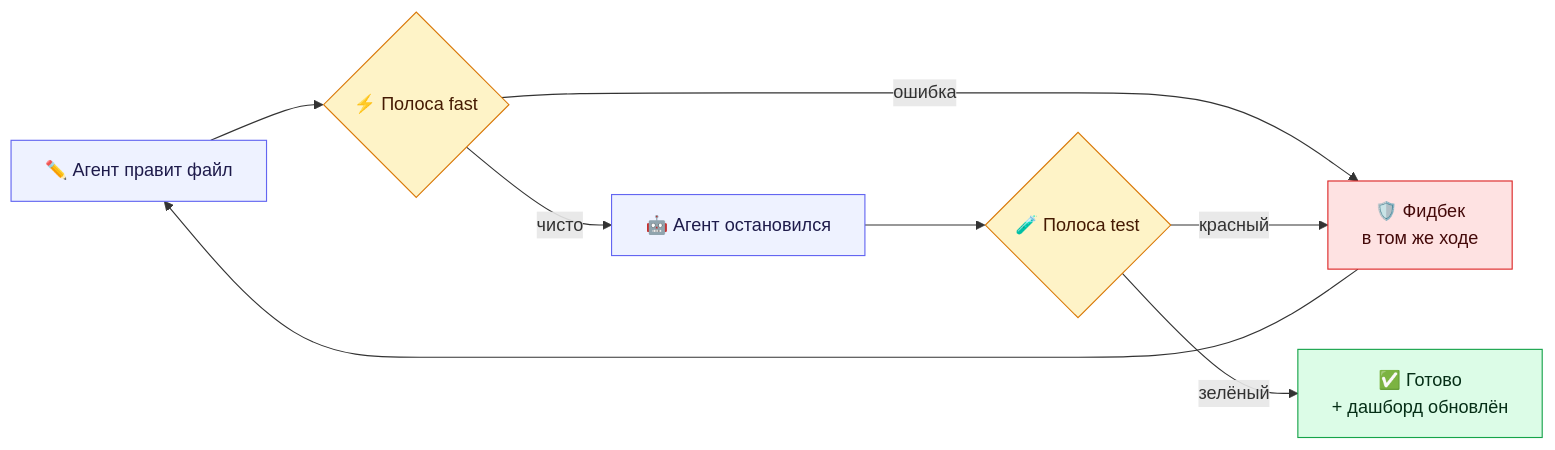
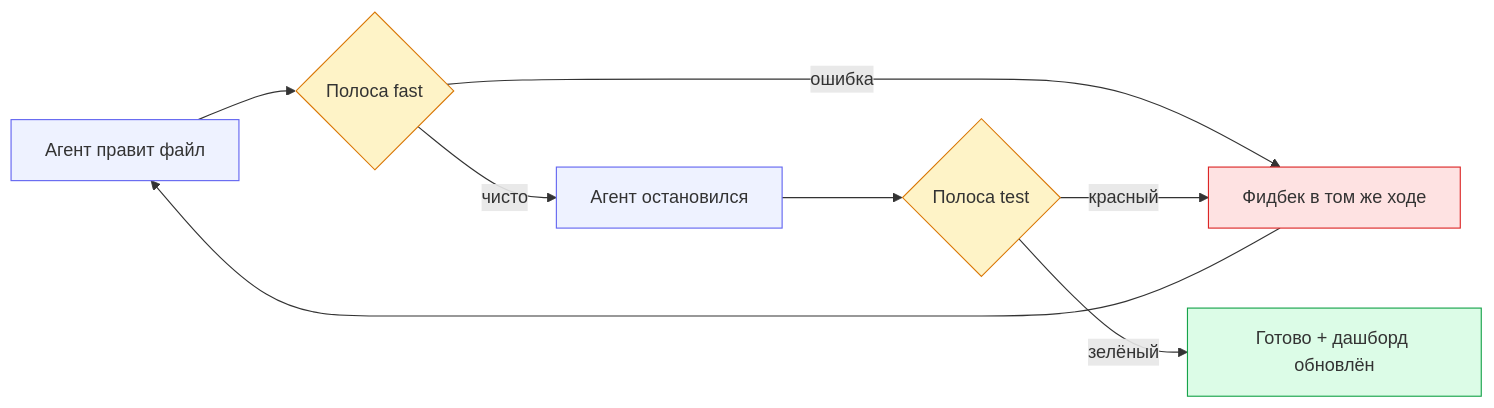
Before and after one commit to Artemik0922/revizor: the diagram in README.ru.md, drawn with Mermaid. The commit also changed 1 other file, not shown here.

Commit message:
docs: fix mermaid diagram syntax (quoted labels, no emoji in nodes)

````diff
--- a/README.ru.md
+++ b/README.ru.md
@@ -41,17 +41,17 @@
 ```mermaid
 flowchart LR
-    A[✏️ Агент правит файл] --> B{⚡ Полоса fast}
-    B -- ошибка --> C[🛡️ Фидбек<br/>в том же ходе]
+    A["Агент правит файл"] --> B{"Полоса fast"}
+    B -- "ошибка" --> C["Фидбек в том же ходе"]
     C --> A
-    B -- чисто --> D[🤖 Агент остановился]
-    D --> E{🧪 Полоса test}
-    E -- красный --> C
-    E -- зелёный --> F[✅ Готово<br/>+ дашборд обновлён]
+    B -- "чисто" --> D["Агент остановился"]
+    D --> E{"Полоса test"}
+    E -- "красный" --> C
+    E -- "зелёный" --> F["Готово + дашборд обновлён"]
 
-    style A fill:#eef2ff,stroke:#6366f1,color:#1e1b4b
-    style B fill:#fef3c7,stroke:#d97706,color:#451a03
-    style C fill:#fee2e2,stroke:#dc2626,color:#450a0a
-    style D fill:#eef2ff,stroke:#6366f1,color:#1e1b4b
-    style E fill:#fef3c7,stroke:#d97706,color:#451a03
-    style F fill:#dcfce7,stroke:#16a34a,color:#052e16
+    style A fill:#eef2ff,stroke:#6366f1
+    style B fill:#fef3c7,stroke:#d97706
+    style C fill:#fee2e2,stroke:#dc2626
+    style D fill:#eef2ff,stroke:#6366f1
+    style E fill:#fef3c7,stroke:#d97706
+    style F fill:#dcfce7,stroke:#16a34a
 ```
````
